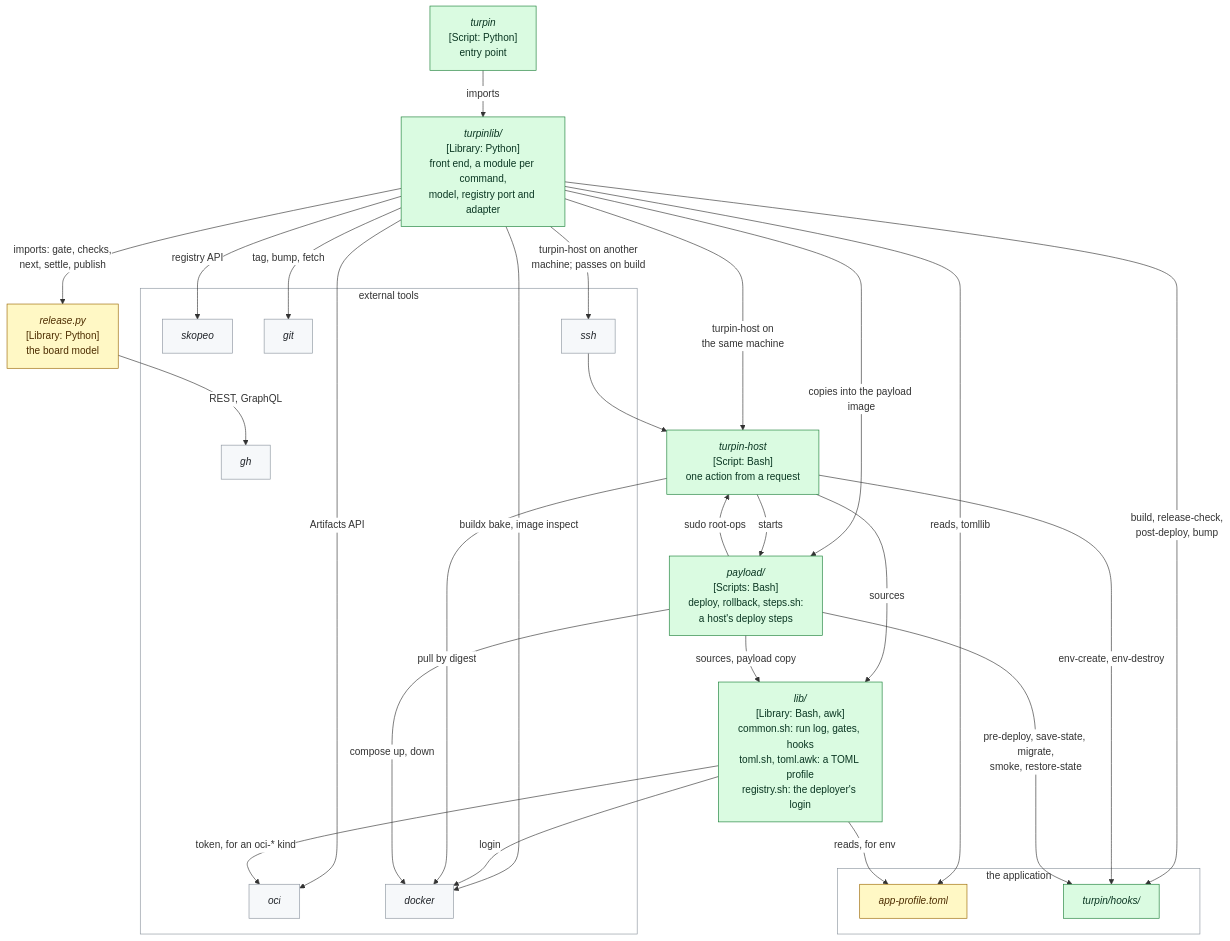
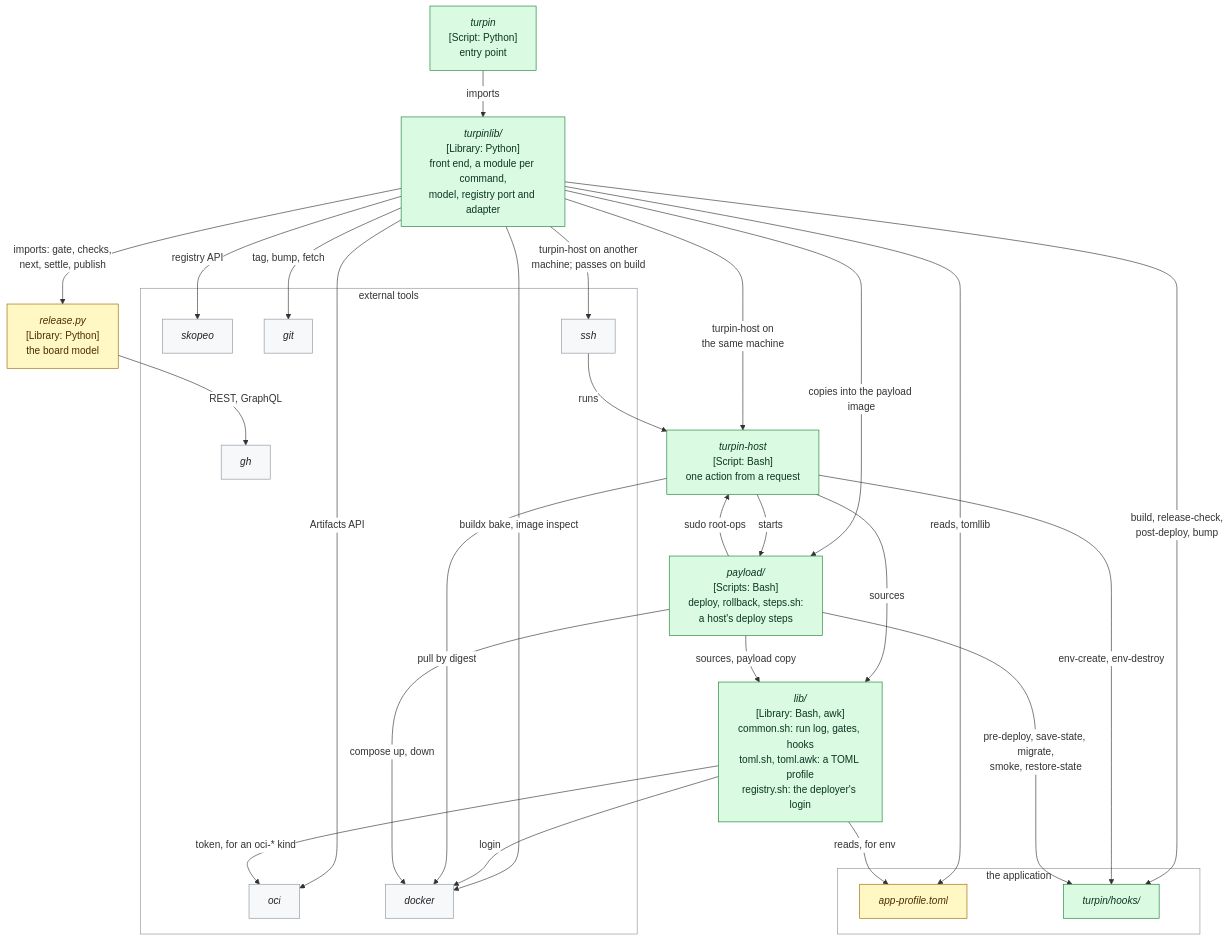
Before and after one commit to delphside/programme: the eighth of 10 diagrams in records/2.5-changes/programme-tooling/117-generic-deliver-tool/design.md, drawn with Mermaid. The commit also changed other lines of this file and 1 other file, not shown here.

````diff
--- a/records/2.5-changes/programme-tooling/117-generic-deliver-tool/design.md
+++ b/records/2.5-changes/programme-tooling/117-generic-deliver-tool/design.md
@@ -1118,52 +1146,52 @@
 ```mermaid
 %%{init: {"themeVariables": {"clusterBkg": "#ffffff", "clusterBorder": "#8c959f", "edgeLabelBackground": "#ffffff"}}}%%
 flowchart TB
   DLV["<i>turpin</i><br>[Script: Python]<br>entry point"]
   PKG["<i>turpinlib/</i><br>[Library: Python]<br>front end, a module per command,<br>model, registry port and adapter"]
   DH["<i>turpin-host</i><br>[Script: Bash]<br>one action from a request"]
   LIB["<i>lib/</i><br>[Library: Bash, awk]<br>common.sh: run log, gates, hooks<br>toml.sh, toml.awk: a TOML profile<br>registry.sh: the deployer's login"]
   PAY["<i>payload/</i><br>[Scripts: Bash]<br>deploy, rollback, steps.sh:<br>a host's deploy steps"]
   BR["<i>release.py</i><br>[Library: Python]<br>the board model"]
   subgraph APP["the application"]
     PROF["<i>app-profile.toml</i>"]
     HOOKS["<i>turpin/hooks/</i>"]
   end
   subgraph EXT["external tools"]
     SKO["<i>skopeo</i>"]
     OCIX["<i>oci</i>"]
     DOCK["<i>docker</i>"]
     GITX["<i>git</i>"]
     GHX["<i>gh</i>"]
     SSHX["<i>ssh</i>"]
   end
   DLV -->|imports| PKG
   PKG -->|reads, tomllib| PROF
   PKG -->|registry API| SKO
   PKG -->|Artifacts API| OCIX
   PKG -->|imports: gate, checks,<br>next, settle, publish| BR
   BR -->|REST, GraphQL| GHX
   PKG -->|tag, bump, fetch| GITX
   PKG -->|turpin-host on another<br>machine; passes on build| SSHX
-  SSHX --> DH
+  SSHX -->|runs| DH
   PKG -->|turpin-host on<br>the same machine| DH
   PKG -->|build, release-check,<br>post-deploy, bump| HOOKS
   PKG -->|copies into the payload image| PAY
   PKG -->|buildx bake, image inspect| DOCK
   DH -->|sources| LIB
   LIB -->|reads, for env| PROF
   LIB -->|login| DOCK
   LIB -->|token, for an oci-* kind| OCIX
   PAY -->|sources, payload copy| LIB
   DH -->|env-create, env-destroy| HOOKS
   DH -->|starts| PAY
   DH -->|pull by digest| DOCK
   PAY -->|pre-deploy, save-state, migrate,<br>smoke, restore-state| HOOKS
   PAY -->|compose up, down| DOCK
   PAY -->|sudo root-ops| DH
   classDef unchanged    fill:#f6f8fa,stroke:#8c959f,color:#1f2328
   classDef new          fill:#dafbe1,stroke:#1a7f37,color:#0a3622
   classDef changed      fill:#fff8c5,stroke:#9a6700,color:#4d2d00
   class DLV,PKG,DH,LIB,PAY,HOOKS new
   class PROF,BR changed
   class SKO,OCIX,DOCK,GITX,GHX,SSHX unchanged
 ```
````
